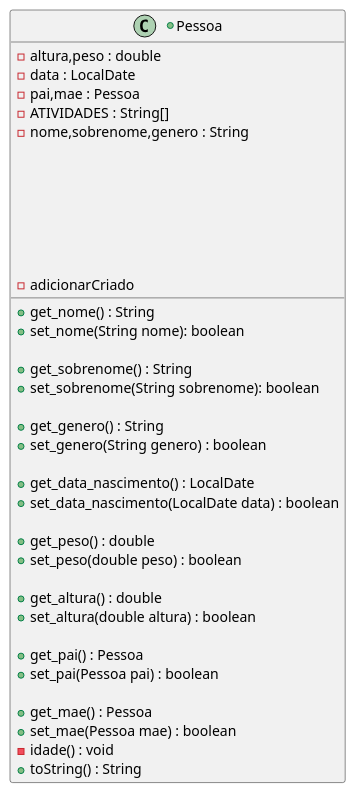
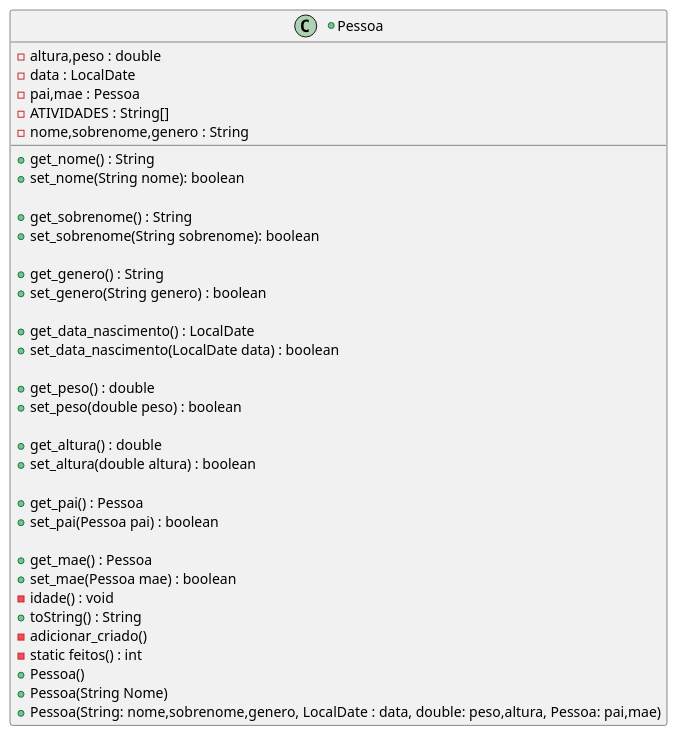
One commit to Datto6/LP changed the diagram in LP2/ExP1/diagrama.md. Above: the diagram before and after it, drawn with PlantUML.

Commit message:
adicionando todos os metodos

````diff
--- a/LP2/ExP1/diagrama.md
+++ b/LP2/ExP1/diagrama.md
@@ -1,40 +1,46 @@
 ``` plantuml 
 
 @startuml
 
 +class Pessoa{
 -altura,peso : double
 -data : LocalDate
 -pai,mae : Pessoa
 -ATIVIDADES : String[]
 -nome,sobrenome,genero : String
 +get_nome() : String
 +set_nome(String nome): boolean
 
 +get_sobrenome() : String
 +set_sobrenome(String sobrenome): boolean
 
 +get_genero() : String
 +set_genero(String genero) : boolean
 
 +get_data_nascimento() : LocalDate
 +set_data_nascimento(LocalDate data) : boolean
 
 +get_peso() : double
 +set_peso(double peso) : boolean
 
 +get_altura() : double
 +set_altura(double altura) : boolean
 
 +get_pai() : Pessoa
 +set_pai(Pessoa pai) : boolean
 
 +get_mae() : Pessoa
 +set_mae(Pessoa mae) : boolean
 -idade() : void
 +toString() : String
--adicionarCriado
+-adicionar_criado()
+- static feitos() : int
++ Pessoa() 
++ Pessoa(String Nome)
++Pessoa(String: nome,sobrenome,genero, LocalDate : data, double: peso,altura, Pessoa: pai,mae)
 }
 
 @enduml
+
+@enduml
 ```
````
